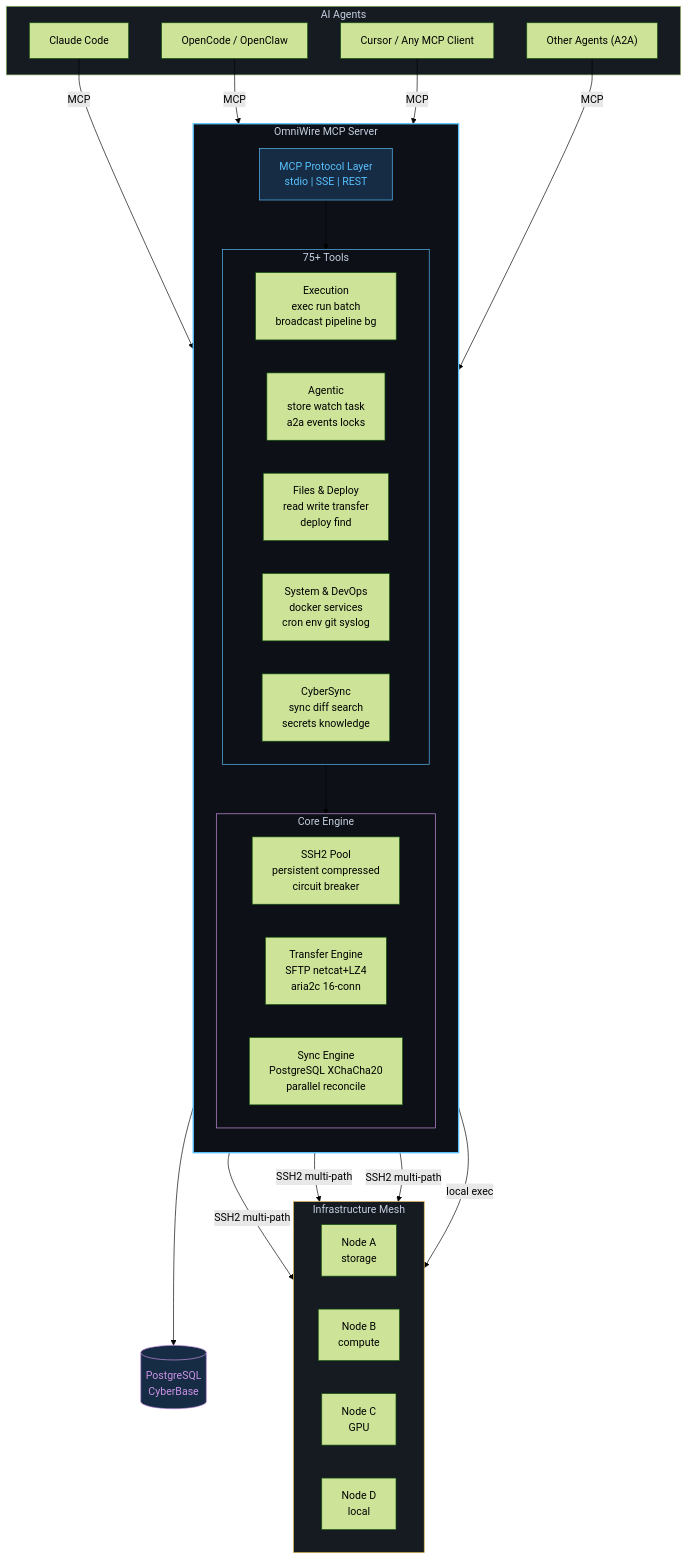
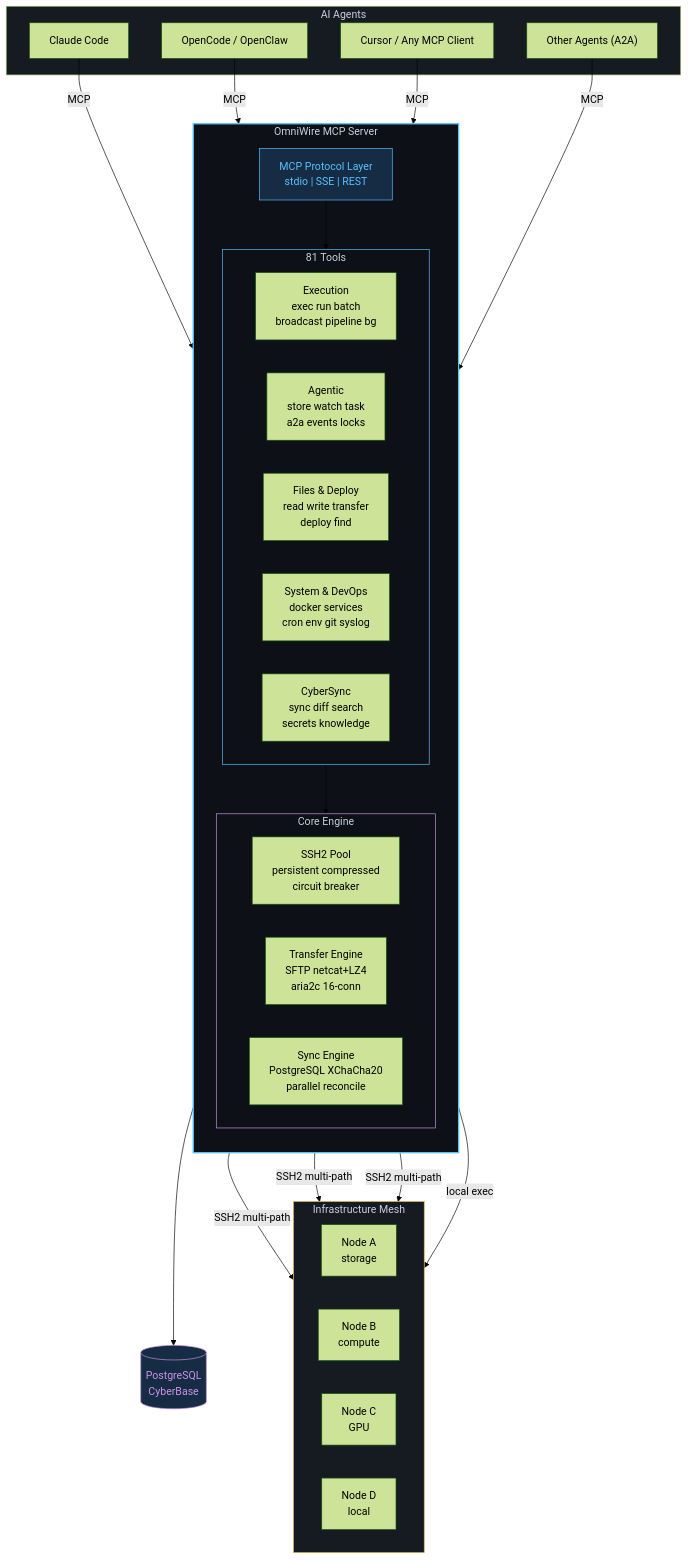
The diagram in README.md (VoidChecksum/omniwire), drawn with Mermaid (forest theme) before and after one commit. The commit also changed other lines of this file and 11 other files, not shown here.

````diff
--- a/README.md
+++ b/README.md
@@ -204,55 +204,55 @@
 ```mermaid
 graph TB
     subgraph clients["AI Agents"]
         CC["Claude Code"]
         OC["OpenCode / OpenClaw"]
         CU["Cursor / Any MCP Client"]
         A2["Other Agents (A2A)"]
     end
 
     subgraph omniwire["OmniWire MCP Server"]
         direction TB
         MCP["MCP Protocol Layer<br/>stdio | SSE | REST"]
 
-        subgraph tools["75+ Tools"]
+        subgraph tools["81 Tools"]
             direction LR
             EXEC["Execution<br/>exec  run  batch<br/>broadcast  pipeline  bg"]
             AGENT["Agentic<br/>store  watch  task<br/>a2a  events  locks"]
             FILES["Files & Deploy<br/>read  write  transfer<br/>deploy  find"]
             SYS["System & DevOps<br/>docker  services<br/>cron  env  git  syslog"]
             SYNC["CyberSync<br/>sync  diff  search<br/>secrets  knowledge"]
         end
 
         subgraph engine["Core Engine"]
             direction LR
             POOL["SSH2 Pool<br/>persistent  compressed<br/>circuit breaker"]
             XFER["Transfer Engine<br/>SFTP  netcat+LZ4<br/>aria2c 16-conn"]
             CSYNC["Sync Engine<br/>PostgreSQL  XChaCha20<br/>parallel reconcile"]
         end
     end
 
     subgraph mesh["Infrastructure Mesh"]
         direction LR
         N1["Node A<br/>storage"]
         N2["Node B<br/>compute"]
         N3["Node C<br/>GPU"]
         N4["Node D<br/>local"]
     end
 
     DB[("PostgreSQL<br/>CyberBase")]
 
     CC & OC & CU & A2 -->|MCP| MCP
     MCP --> tools
     tools --> engine
     POOL -->|"SSH2 multi-path"| N1 & N2 & N3
     POOL -->|"local exec"| N4
     CSYNC --> DB
 
     style omniwire fill:#0D1117,stroke:#59C2FF,stroke-width:2px,color:#C6D0E1
     style clients fill:#161B22,stroke:#91B362,stroke-width:1px,color:#C6D0E1
     style mesh fill:#161B22,stroke:#E6B450,stroke-width:1px,color:#C6D0E1
     style tools fill:#0D1117,stroke:#59C2FF,stroke-width:1px,color:#C6D0E1
     style engine fill:#0D1117,stroke:#CC93E6,stroke-width:1px,color:#C6D0E1
     style MCP fill:#162B44,stroke:#59C2FF,color:#59C2FF
     style DB fill:#162B44,stroke:#CC93E6,color:#CC93E6
 ```
````
